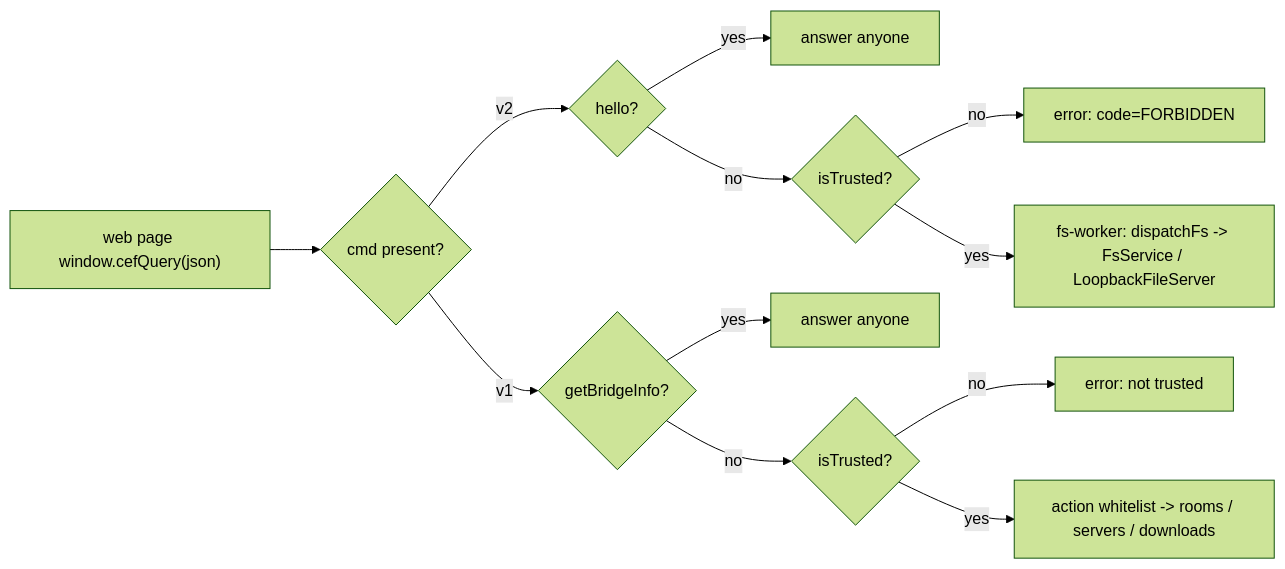
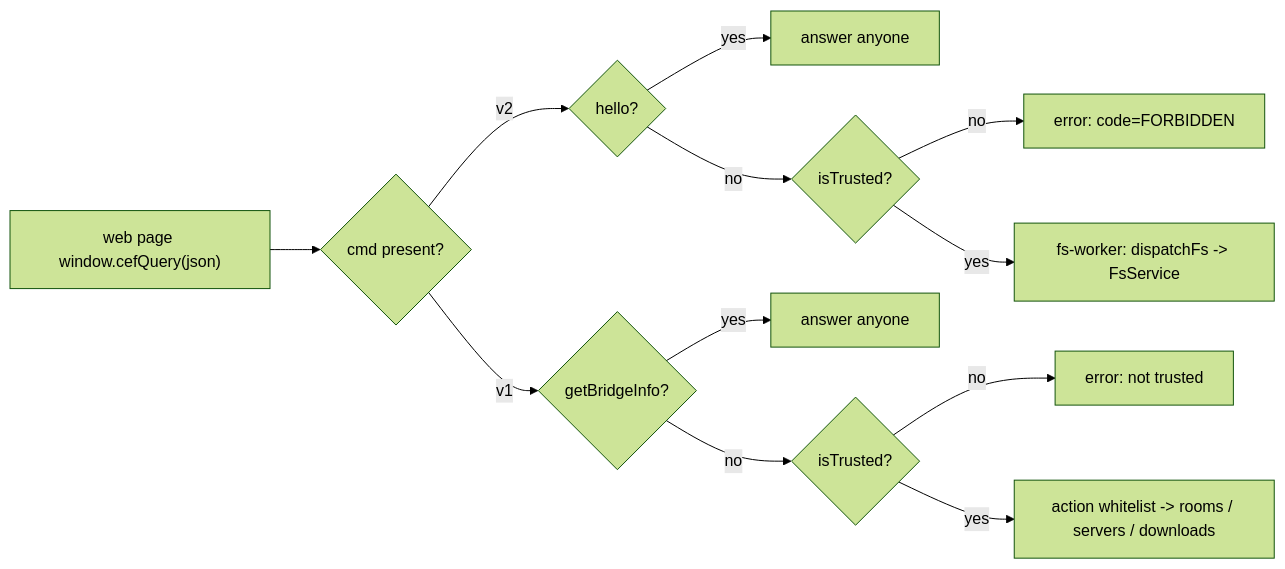
Before and after one commit to dev-sandakelum/chasse-desktop: the second of 3 diagrams in about/architecture.md, drawn with Mermaid (forest theme). The commit also changed other lines of this file and 8 other files, not shown here.

````diff
--- a/about/architecture.md
+++ b/about/architecture.md
@@ -142,14 +143,14 @@
 ```mermaid
 flowchart LR
     P["web page window.cefQuery(json)"] --> R{"cmd present?"}
     R -- "v2" --> T2{"hello?"}
     T2 -- yes --> ANS["answer anyone"]
     T2 -- no --> TR{"isTrusted?"}
     TR -- no --> FBD["error: code=FORBIDDEN"]
-    TR -- yes --> W["fs-worker: dispatchFs -> FsService / LoopbackFileServer"]
+    TR -- yes --> W["fs-worker: dispatchFs -> FsService"]
     R -- "v1" --> T1{"getBridgeInfo?"}
     T1 -- yes --> INFO["answer anyone"]
     T1 -- no --> TR2{"isTrusted?"}
     TR2 -- no --> NT["error: not trusted"]
     TR2 -- yes --> ACT["action whitelist -> rooms / servers / downloads"]
 ```
````
